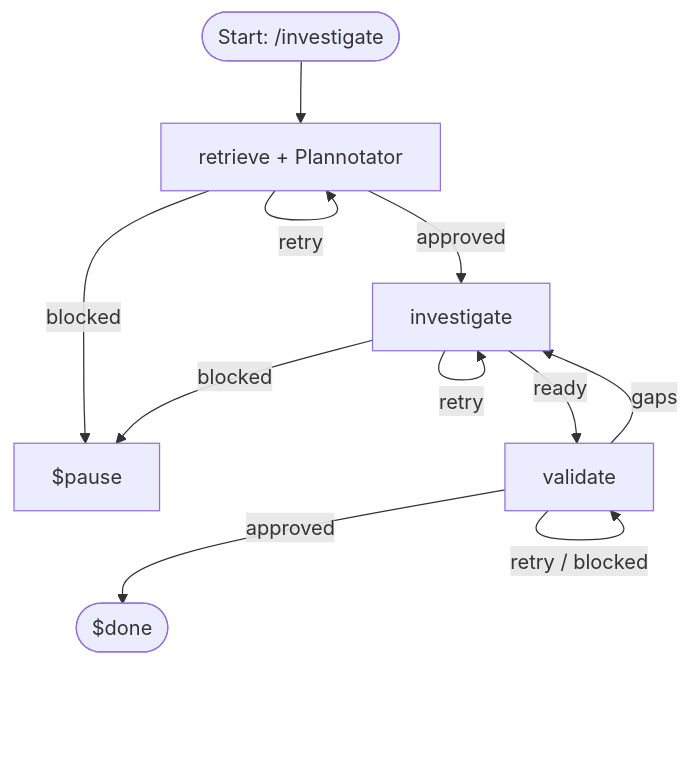
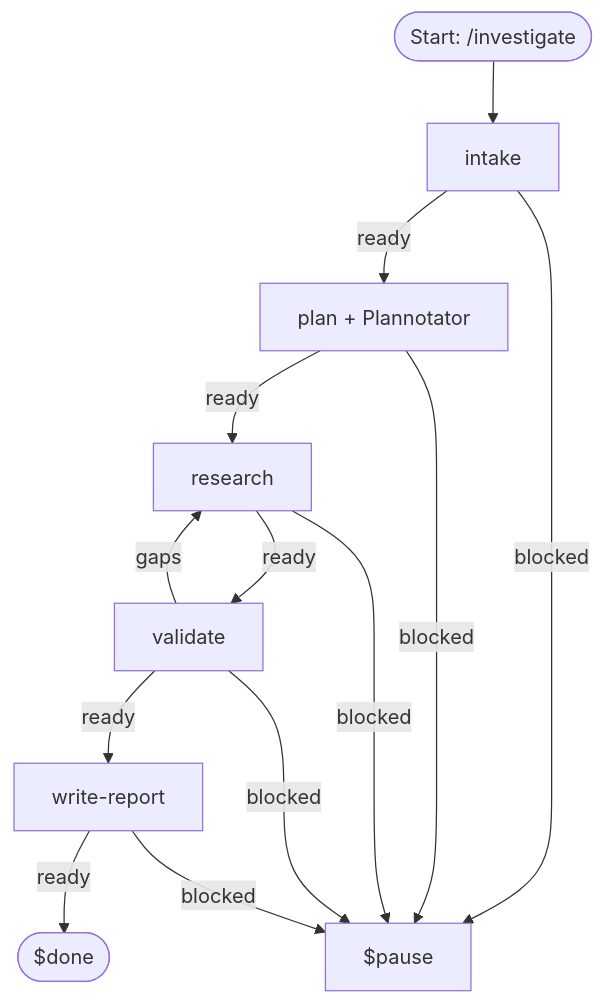
One commit to wichayutdew/dotfiles-arch changed the second of 5 diagrams in .pi/agent/workflows/README.md. Above: the diagram before and after it, drawn with Mermaid. The commit also changed other lines of this file and 36 other files, not shown here.

````diff
--- a/.pi/agent/workflows/README.md
+++ b/.pi/agent/workflows/README.md
@@ -46,16 +41,19 @@
 ```mermaid
 flowchart TD
-    Start([Start: /investigate]) --> Ret[retrieve + Plannotator]
-    Ret -->|approved| Inv[investigate]
-    Ret -->|changes-requested| Ret
-    Ret -->|retry| Ret
-    Ret -->|blocked| Pause[$pause]
+    Start([Start: /investigate]) --> Intake[intake]
+    Intake -->|ready| Plan[plan + Plannotator]
+    Intake -->|blocked| Pause[$pause]
 
-    Inv -->|ready| Val[validate]
-    Inv -->|retry| Inv
-    Inv -->|blocked| Pause
+    Plan -->|ready| Res[research]
+    Plan -->|blocked| Pause
 
-    Val -->|approved| Done([$done])
-    Val -->|gaps| Inv
-    Val -->|retry / blocked| Val
+    Res -->|ready| Val[validate]
+    Res -->|blocked| Pause
+
+    Val -->|ready| Report[write-report]
+    Val -->|gaps| Res
+    Val -->|blocked| Pause
+
+    Report -->|ready| Done([$done])
+    Report -->|blocked| Pause
 ```
````
